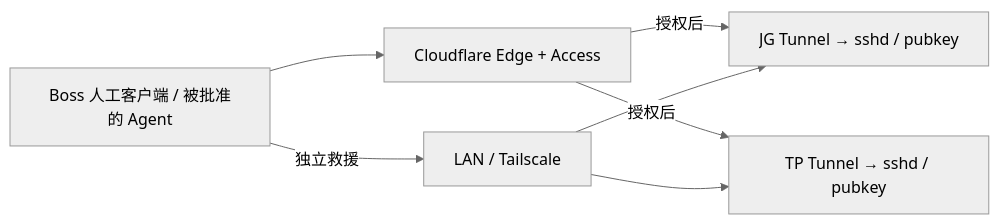
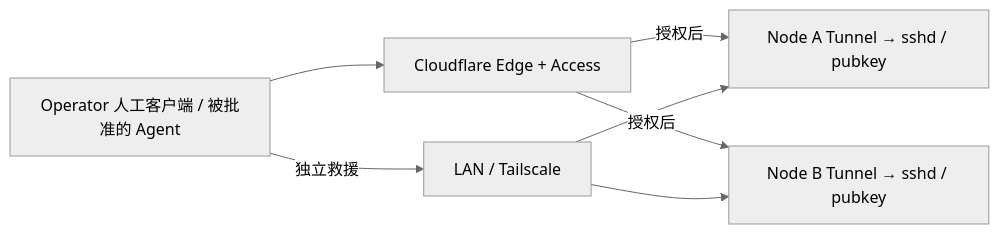
Before and after one commit to youling/ghostfleet: the diagram in docs/CLOUDFLARE_ACCESS_A03.md, drawn with Mermaid (neutral theme). The commit also changed other lines of this file, not shown here.

```diff
--- a/docs/CLOUDFLARE_ACCESS_A03.md
+++ b/docs/CLOUDFLARE_ACCESS_A03.md
@@ -17,9 +17,9 @@
 ~~~mermaid
 flowchart LR
-    Boss[Boss 人工客户端 / 被批准的 Agent] --> CF[Cloudflare Edge + Access]
-    CF -->|授权后| JG[JG Tunnel → sshd / pubkey]
-    CF -->|授权后| TP[TP Tunnel → sshd / pubkey]
-    Boss -->|独立救援| LAN[LAN / Tailscale]
-    LAN --> JG
-    LAN --> TP
+    Operator[Operator 人工客户端 / 被批准的 Agent] --> CF[Cloudflare Edge + Access]
+    CF -->|授权后| NodeA[Node A Tunnel → sshd / pubkey]
+    CF -->|授权后| NodeB[Node B Tunnel → sshd / pubkey]
+    Operator -->|独立救援| LAN[LAN / Tailscale]
+    LAN --> NodeA
+    LAN --> NodeB
 ~~~
```
